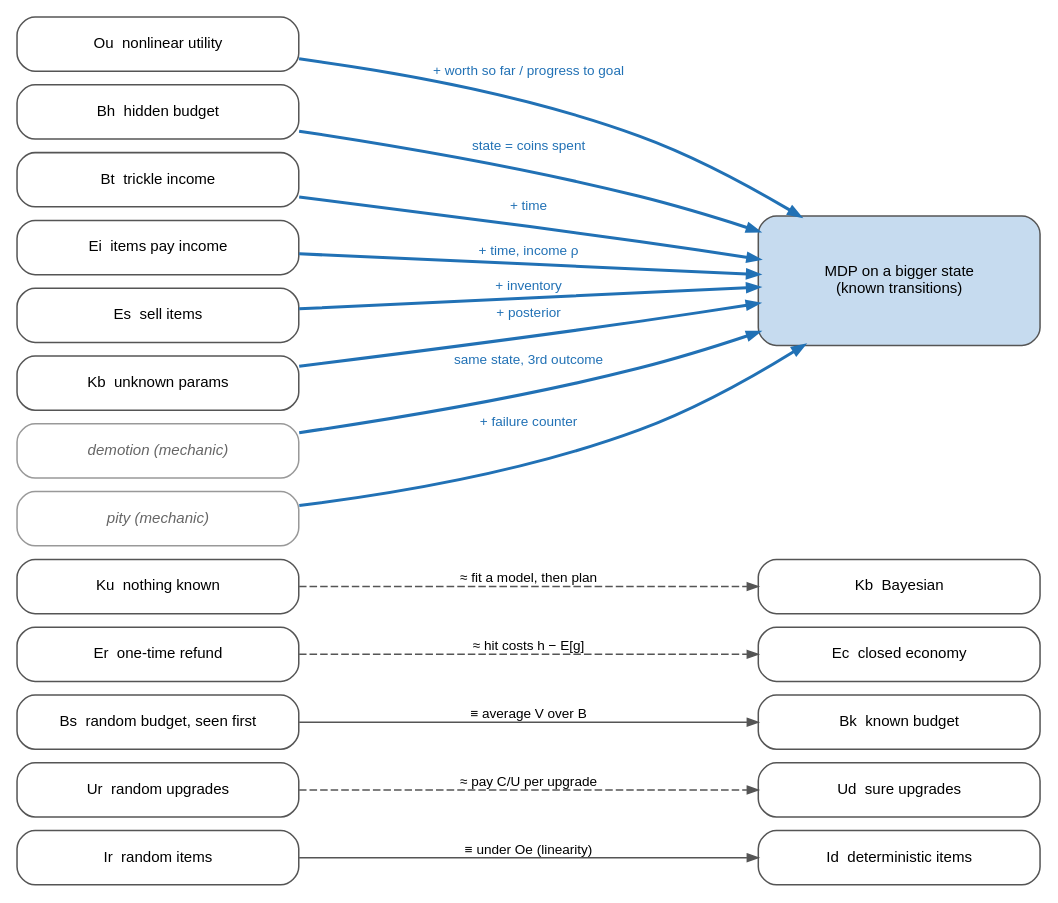
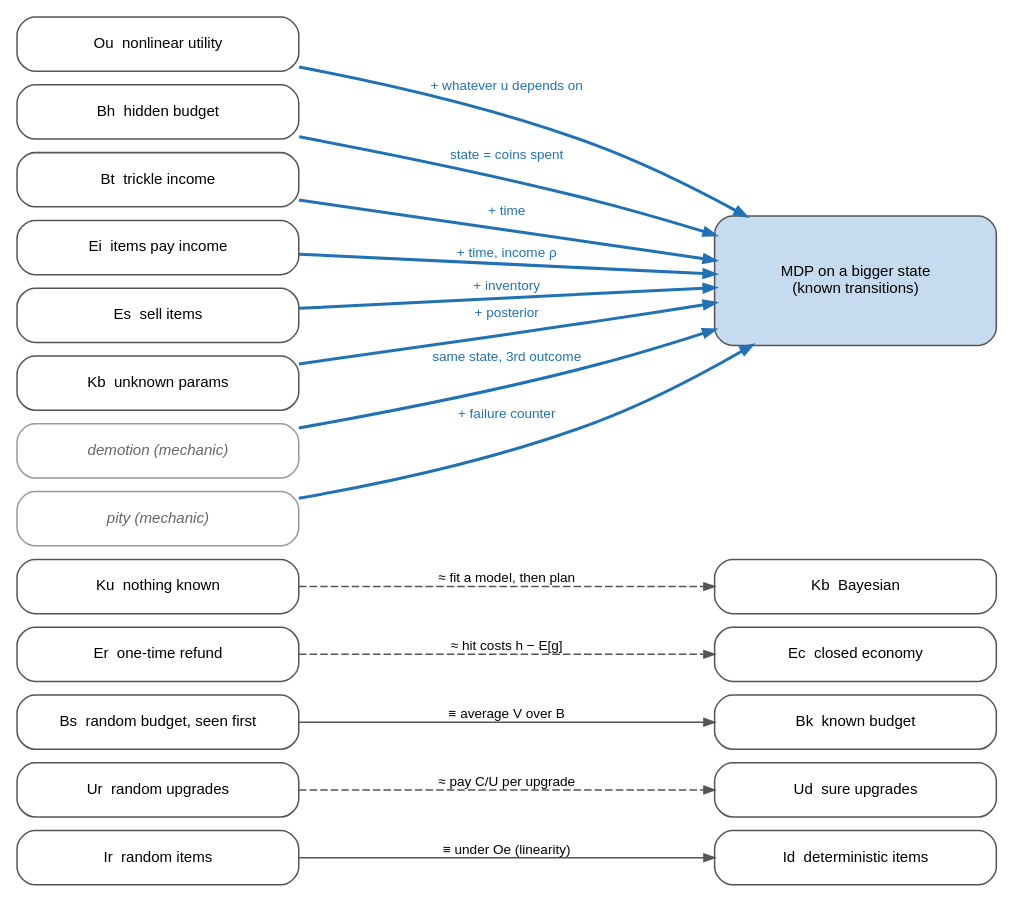
Before and after one commit to ssarkar2/notes: the diagram in probability/sequential_decision_making_under_uncertainty/figures/reduction_map.dot, drawn with Graphviz. The commit also changed 9 other files, not shown here.

```diff
--- a/probability/sequential_decision_making_under_uncertainty/figures/reduction_map.dot
+++ b/probability/sequential_decision_making_under_uncertainty/figures/reduction_map.dot
@@ -1,52 +1,52 @@
 // Reductions: harder variant (left) -> something already solved (right).
 // solid = exact, dashed = approximation, bold blue = exact after enlarging the state.
 // Grey italics = mechanics (rule tweaks), not axis values.
 // Build: ./build.sh
 digraph reductions {
   rankdir=LR;
   graph [fontname="Helvetica", fontsize=11, nodesep=0.12, ranksep=2.2, bgcolor="white"];
   node  [shape=box, style="rounded", fontname="Helvetica", fontsize=10, color="#555555", width=2.6];
   edge  [fontname="Helvetica", fontsize=9, color="#555555", arrowsize=0.7];
 
   // left: harder variants
   { rank=same;
     Ir [label="Ir  random items"];
     Ur [label="Ur  random upgrades"];
     Bs [label="Bs  random budget, seen first"];
     Er [label="Er  one-time refund"];
     Ku [label="Ku  nothing known"];
     Ou [label="Ou  nonlinear utility"];
     Bh [label="Bh  hidden budget"];
     Bt [label="Bt  trickle income"];
     Ei [label="Ei  items pay income"];
     Es [label="Es  sell items"];
     Kb [label="Kb  unknown params"];
     dem  [label="demotion (mechanic)", fontname="Helvetica-Oblique", color="#999999", fontcolor="#666666"];
     pity [label="pity (mechanic)", fontname="Helvetica-Oblique", color="#999999", fontcolor="#666666"];
   }
   // right: targets
   { rank=same;
     Id [label="Id  deterministic items"];
     Ud [label="Ud  sure upgrades"];
     Bk [label="Bk  known budget"];
     Ec [label="Ec  closed economy"];
     Kb2 [label="Kb  Bayesian"];
     MDP [label="MDP on a bigger state\n(known transitions)", style="rounded,filled", fillcolor="#c6dbef", height=1.2];
   }
 
   Ir -> Id [label="≡ under Oe (linearity)"];
   Ur -> Ud [label="≈ pay C/U per upgrade", style=dashed];
   Bs -> Bk [label="≡ average V over B"];
   Er -> Ec [label="≈ hit costs h − E[g]", style=dashed];
   Ku -> Kb2 [label="≈ fit a model, then plan", style=dashed];
 
   edge [style=bold, color="#2171b5", fontcolor="#2171b5"];
-  Ou -> MDP [label="+ worth so far / progress to goal"];
+  Ou -> MDP [label="+ whatever u depends on"];
   Bh -> MDP [label="state = coins spent"];
   Bt -> MDP [label="+ time"];
   Ei -> MDP [label="+ time, income ρ"];
   Es -> MDP [label="+ inventory"];
   Kb -> MDP [label="+ posterior"];
   dem -> MDP [label="same state, 3rd outcome"];
   pity -> MDP [label="+ failure counter"];
 }
```
